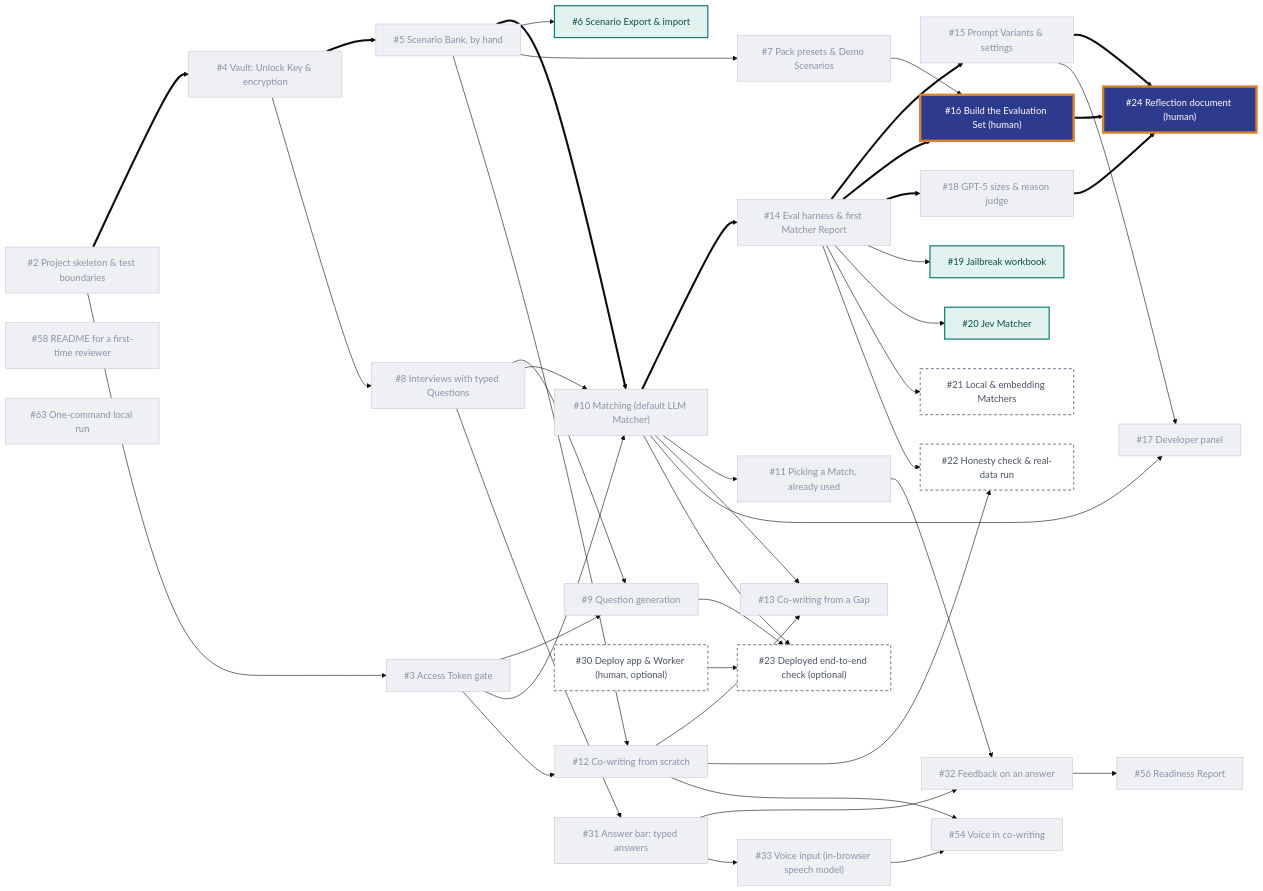
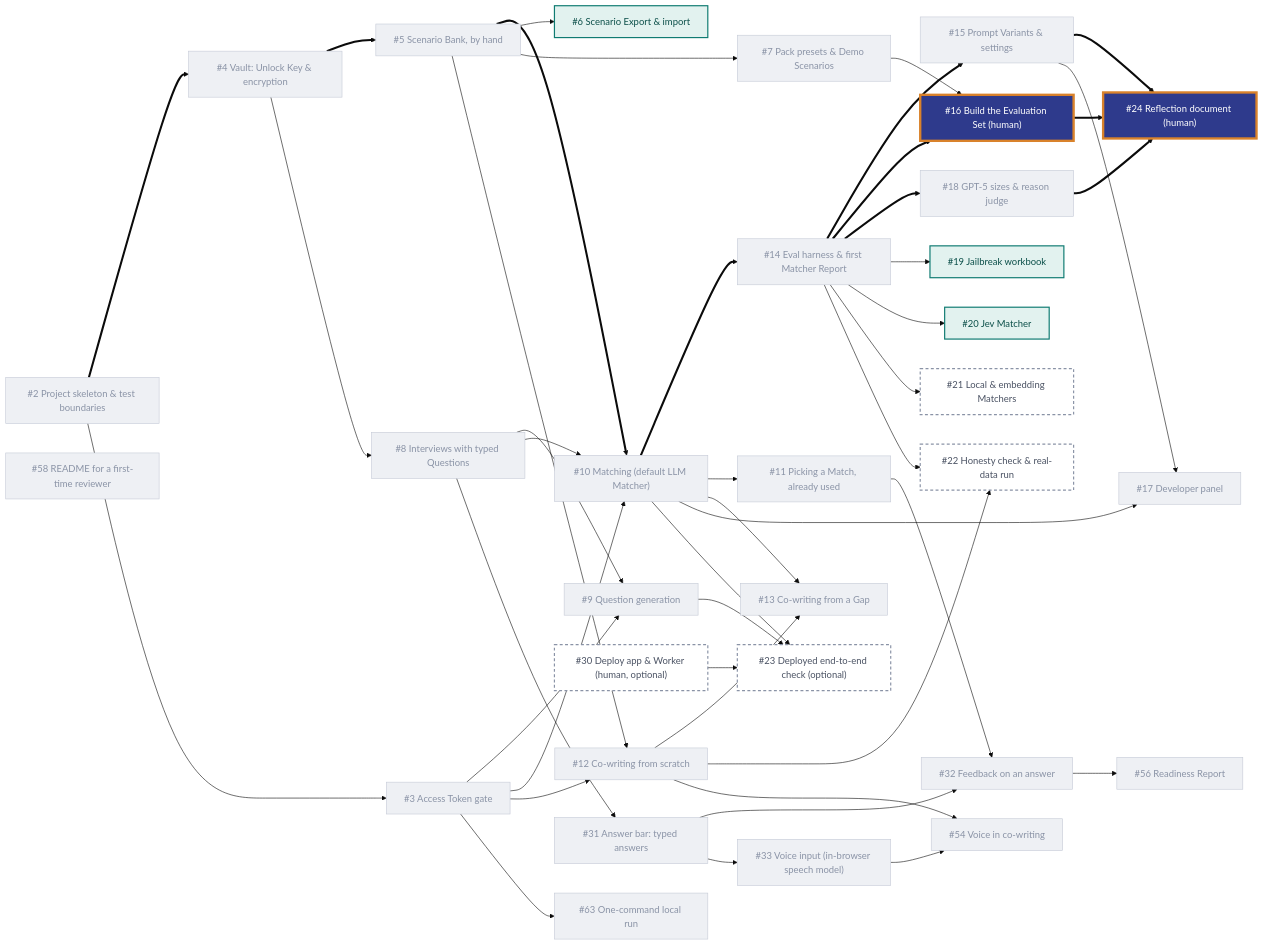
The second of 2 diagrams in README.md (DerykHopley/interview-helper), drawn with Mermaid (base theme) before and after one commit. The commit also changed other lines of this file and 10 other files, not shown here.

````diff
--- a/README.md
+++ b/README.md
@@ -203,68 +206,69 @@
 ```mermaid
 flowchart LR
   T2["#2 Project skeleton & test boundaries"]
   T3["#3 Access Token gate"]
   T4["#4 Vault: Unlock Key & encryption"]
   T5["#5 Scenario Bank, by hand"]
   T6["#6 Scenario Export & import"]
   T7["#7 Pack presets & Demo Scenarios"]
   T8["#8 Interviews with typed Questions"]
   T9["#9 Question generation"]
   T10["#10 Matching (default LLM Matcher)"]
   T11["#11 Picking a Match, already used"]
   T12["#12 Co-writing from scratch"]
   T13["#13 Co-writing from a Gap"]
   T14["#14 Eval harness & first Matcher Report"]
   T15["#15 Prompt Variants & settings"]
   T16["#16 Build the Evaluation Set (human)"]
   T17["#17 Developer panel"]
   T18["#18 GPT-5 sizes & reason judge"]
   T19["#19 Jailbreak workbook"]
   T20["#20 Jev Matcher"]
   T21["#21 Local & embedding Matchers"]
   T22["#22 Honesty check & real-data run"]
   T23["#23 Deployed end-to-end check (optional)"]
   T24["#24 Reflection document (human)"]
   T30["#30 Deploy app & Worker (human, optional)"]
   T31["#31 Answer bar: typed answers"]
   T32["#32 Feedback on an answer"]
   T33["#33 Voice input (in-browser speech model)"]
   T54["#54 Voice in co-writing"]
   T56["#56 Readiness Report"]
   T58["#58 README for a first-time reviewer"]
   T63["#63 One-command local run"]
 
   %% critical path (thick arrows)
   T2 ==> T4 ==> T5 ==> T10 ==> T14
   T14 ==> T15 ==> T24
   T14 ==> T16 ==> T24
   T14 ==> T18 ==> T24
 
   %% other dependencies
   T2 --> T3
   T3 --> T9 & T10 & T12
   T4 --> T8
   T5 --> T6 & T7 & T12
   T8 --> T9 & T10 & T31
   T10 --> T11 & T13 & T17
   T12 --> T13 & T22
   T7 --> T16
   T14 --> T19 & T20 & T21 & T22
   T15 --> T17
   T31 --> T32 & T33
   T12 & T33 --> T54
+  T3 --> T63
   T32 --> T56
   T11 --> T32
   T30 & T9 & T10 --> T23
 
   classDef done fill:#EEF0F4,color:#8A93A6,stroke:#C5CAD6,stroke-width:1px
   classDef must fill:#2E3A8C,color:#fff,stroke:#2E3A8C
   classDef mustcrit fill:#2E3A8C,color:#fff,stroke:#D9822B,stroke-width:4px
   classDef should fill:#E2F2EF,color:#0B4F49,stroke:#0F7B72,stroke-width:2px
   classDef could fill:#fff,color:#4A5263,stroke:#8A93A6,stroke-width:2px,stroke-dasharray:5 4
 
   class T2,T3,T4,T5,T7,T8,T9,T10,T11,T12,T13,T14,T15,T18,T31,T32,T33,T17,T54,T56,T58,T63 done
   class T16,T24 mustcrit
   class T6,T19,T20 should
   class T21,T22,T23,T30 could
 ```
````
